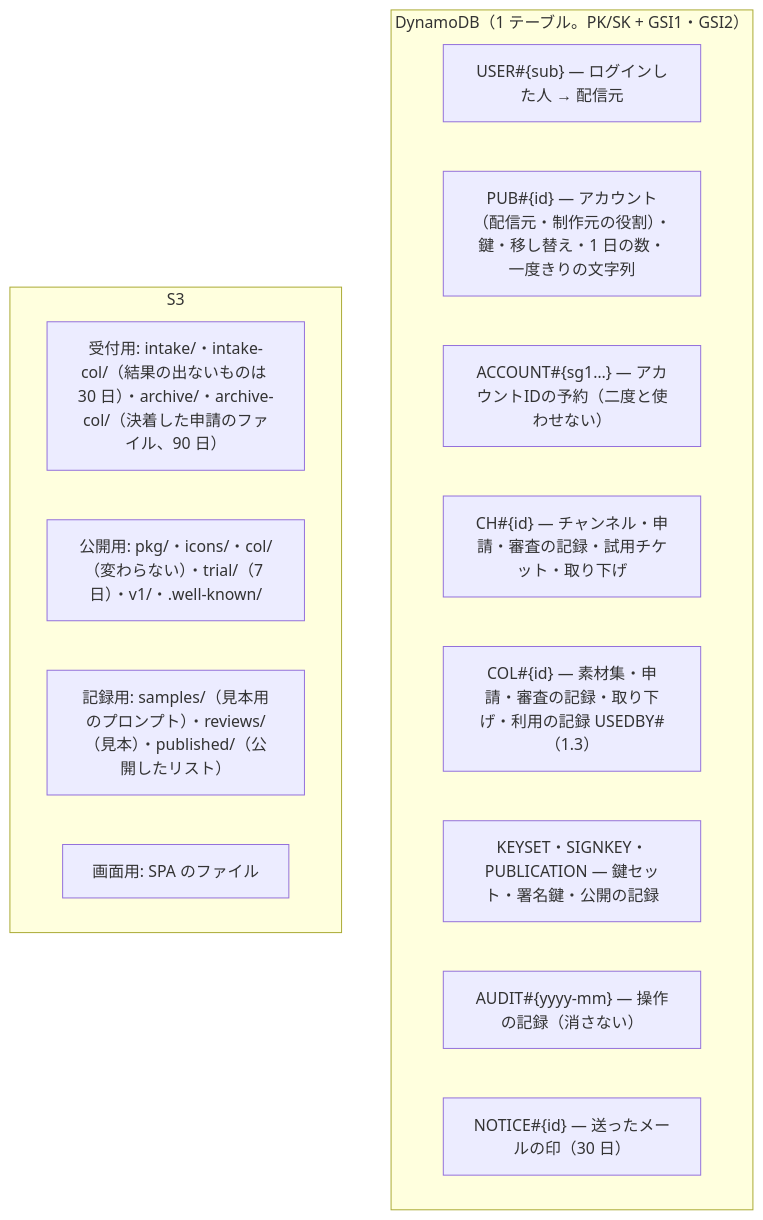
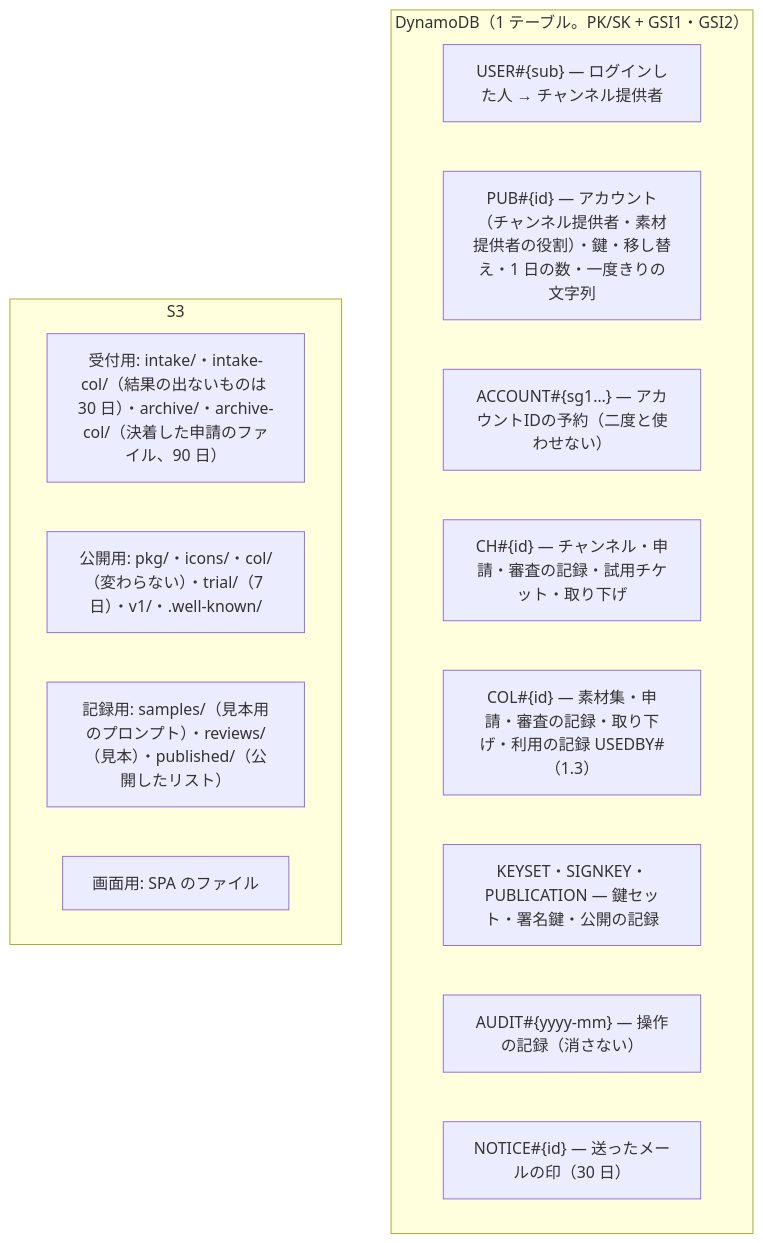
One commit to duwenji/michizure-console changed the sixth of 7 diagrams in docs/architecture.md. Above: the diagram before and after it, drawn with Mermaid. The commit also changed other lines of this file and 42 other files, not shown here.

````diff
--- a/docs/architecture.md
+++ b/docs/architecture.md
@@ -209,19 +209,19 @@
 ```mermaid
 flowchart TB
   subgraph DDB["DynamoDB（1 テーブル。PK/SK + GSI1・GSI2）"]
-    d1["USER#{sub} — ログインした人 → 配信元"]
-    d2["PUB#{id} — アカウント（配信元・制作元の役割）・鍵・移し替え・1 日の数・一度きりの文字列"]
+    d1["USER#{sub} — ログインした人 → チャンネル提供者"]
+    d2["PUB#{id} — アカウント（チャンネル提供者・素材提供者の役割）・鍵・移し替え・1 日の数・一度きりの文字列"]
     d3["ACCOUNT#{sg1…} — アカウントIDの予約（二度と使わせない）"]
     d4["CH#{id} — チャンネル・申請・審査の記録・試用チケット・取り下げ"]
     d4b["COL#{id} — 素材集・申請・審査の記録・取り下げ・利用の記録 USEDBY#（1.3）"]
     d5["KEYSET・SIGNKEY・PUBLICATION — 鍵セット・署名鍵・公開の記録"]
     d6["AUDIT#{yyyy-mm} — 操作の記録（消さない）"]
     d7["NOTICE#{id} — 送ったメールの印（30 日）"]
   end
   subgraph S3["S3"]
     s1["受付用: intake/・intake-col/（結果の出ないものは 30 日）・archive/・archive-col/（決着した申請のファイル、90 日）"]
     s2["公開用: pkg/・icons/・col/（変わらない）・trial/（7 日）・v1/・.well-known/"]
     s3["記録用: samples/（見本用のプロンプト）・reviews/（見本）・published/（公開したリスト）"]
     s4["画面用: SPA のファイル"]
   end
 ```
````
